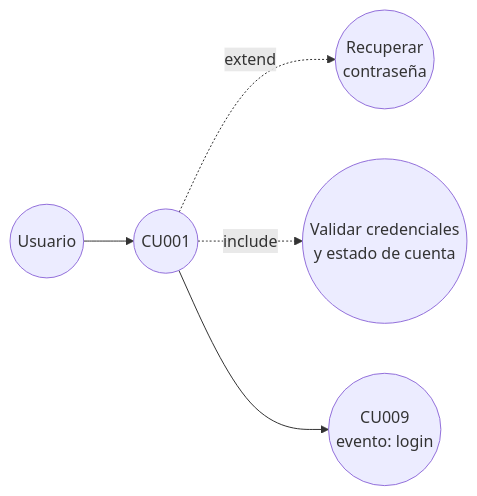
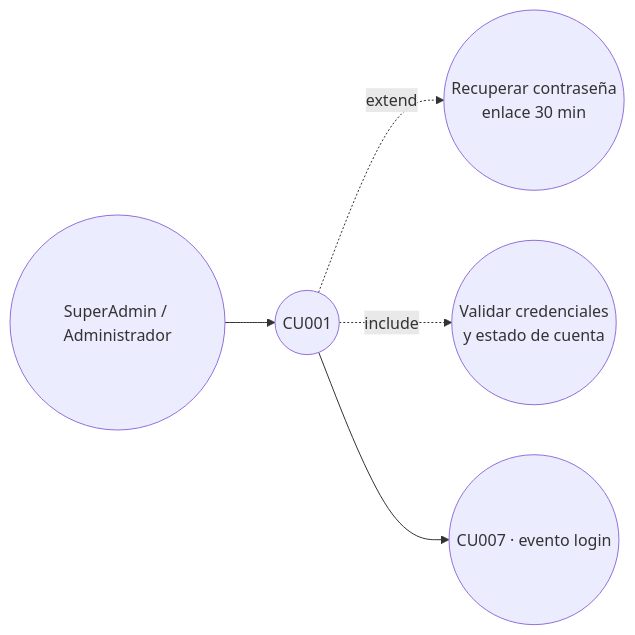
One commit to lFunkwnon01/igualab_md changed the second of 8 diagrams in FASE 1/01-Analisis-y-Diseno/07-Casos-de-Uso-Diagrama.md. Above: the diagram before and after it, drawn with Mermaid. The commit also changed other lines of this file and 124 other files, not shown here.

````diff
--- a/FASE 1/01-Analisis-y-Diseno/07-Casos-de-Uso-Diagrama.md
+++ b/FASE 1/01-Analisis-y-Diseno/07-Casos-de-Uso-Diagrama.md
@@ -67,7 +60,7 @@
 ```mermaid
 flowchart LR
-  U(("Usuario")) --> CU001((CU001))
-  CU001 -.->|extend| REC((Recuperar<br/>contraseña))
+  U(("SuperAdmin / Administrador")) --> CU001((CU001))
+  CU001 -.->|extend| REC((Recuperar contraseña<br/>enlace 30 min))
   CU001 -.->|include| VAL((Validar credenciales<br/>y estado de cuenta))
-  CU001 --> AUD((CU009<br/>evento: login))
+  CU001 --> AUD((CU007 · evento login))
 ```
````
